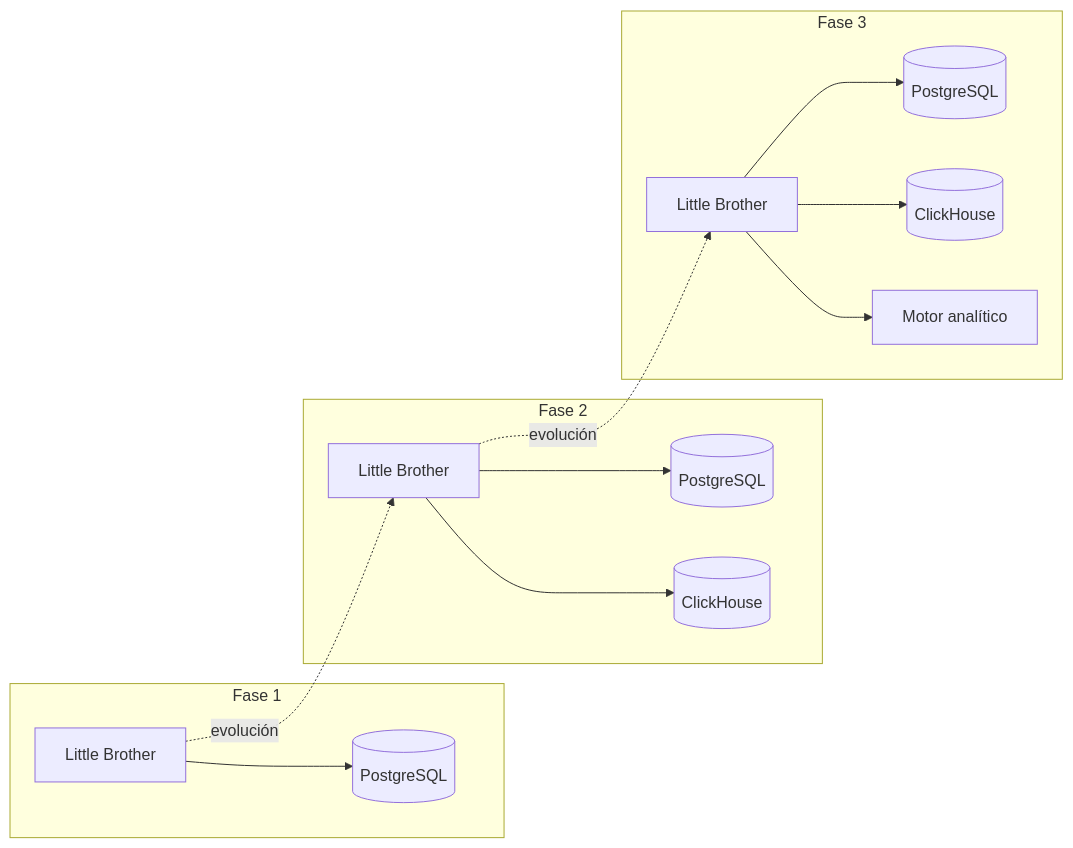
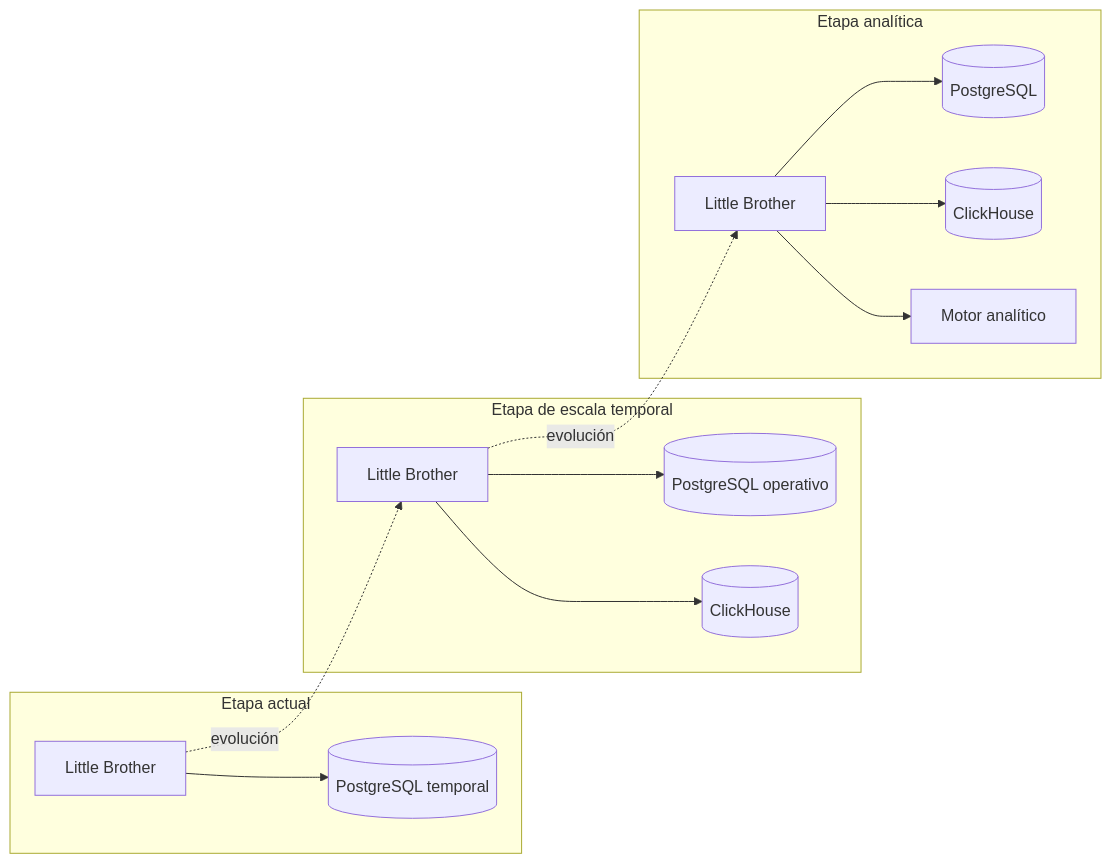
The eighth of 9 diagrams in core/rs/ARCHITECTURE.md (dfr2098/broder), drawn with Mermaid before and after one commit. The commit also changed other lines of this file and 88 other files, not shown here.

````diff
--- a/core/rs/ARCHITECTURE.md
+++ b/core/rs/ARCHITECTURE.md
@@ -134,20 +334,20 @@
 ```mermaid
 flowchart LR
-    subgraph F1[Fase 1]
-        B1[Little Brother] --> P1[(PostgreSQL)]
+    subgraph F1[Etapa actual]
+        B1[Little Brother] --> P1[(PostgreSQL temporal)]
     end
 
-    subgraph F2[Fase 2]
-        B2[Little Brother] --> P2[(PostgreSQL)]
+    subgraph F2[Etapa de escala temporal]
+        B2[Little Brother] --> P2[(PostgreSQL operativo)]
         B2 --> C2[(ClickHouse)]
     end
 
-    subgraph F3[Fase 3]
+    subgraph F3[Etapa analítica]
         B3[Little Brother] --> P3[(PostgreSQL)]
         B3 --> C3[(ClickHouse)]
         B3 --> A3[Motor analítico]
     end
 
     B1 -. evolución .-> B2
     B2 -. evolución .-> B3
 ```
````
